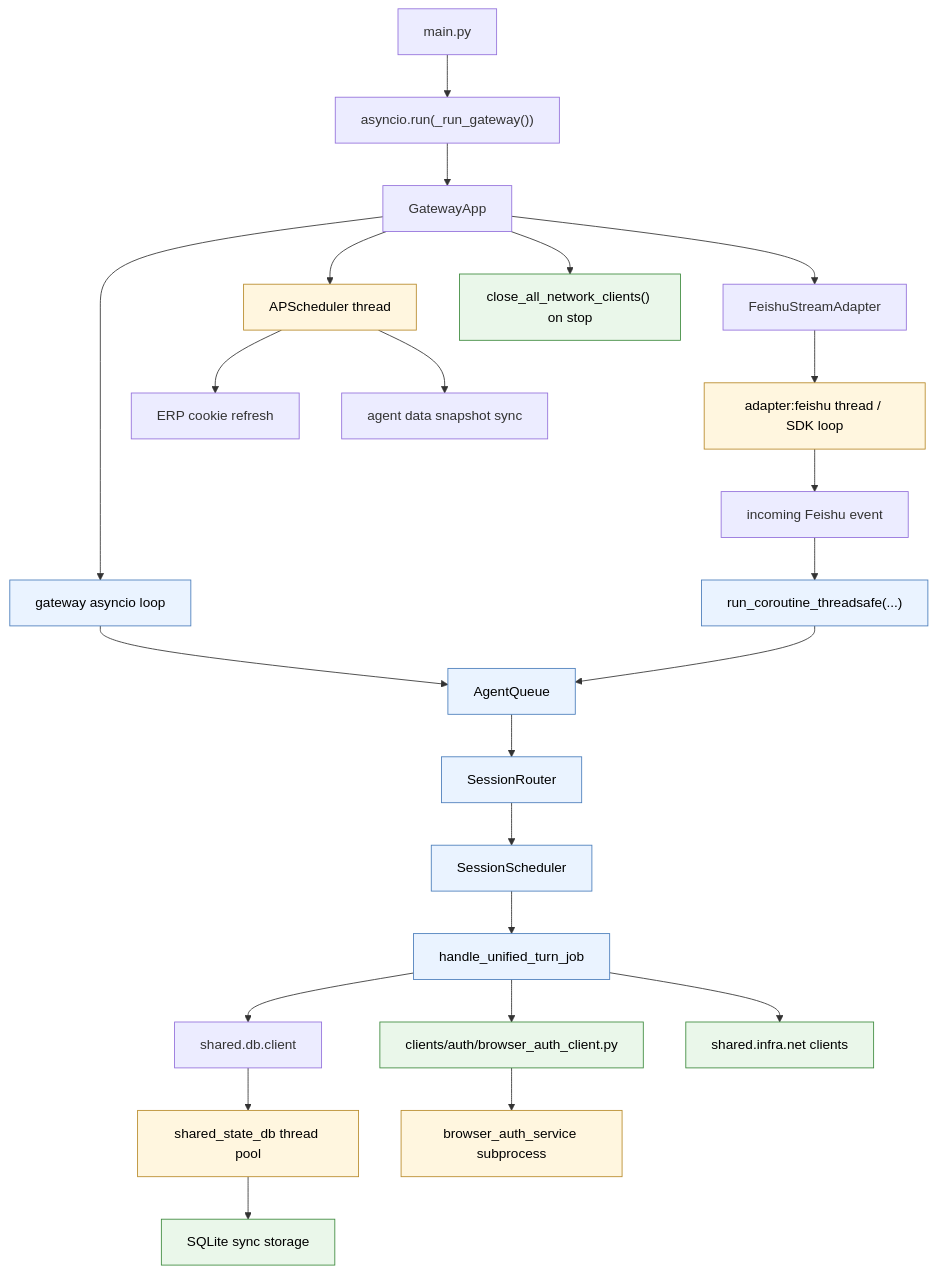
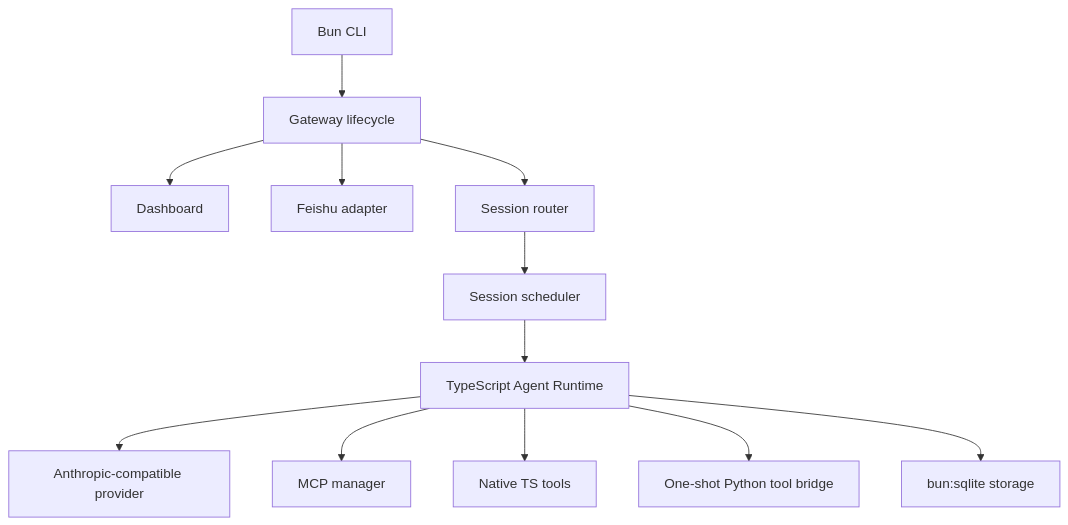
One commit to LXE123/LXE_AGENT changed the diagram in docs/eventloop.md. Above: the diagram before and after it, drawn with Mermaid. The commit also changed other lines of this file and 302 other files, not shown here.

Commit message:
refactor: switch production gateway and runtime to Bun

````diff
--- a/docs/eventloop.md
+++ b/docs/eventloop.md
@@ -16,39 +16,14 @@
 ```mermaid
 flowchart TD
-    A["main.py"] --> B["asyncio.run(_run_gateway())"]
-    B --> C["GatewayApp"]
-    C --> D["gateway asyncio loop"]
-
-    D --> E["AgentQueue"]
-    E --> F["SessionRouter"]
-    F --> G["SessionScheduler"]
-    G --> H["handle_unified_turn_job"]
-
-    C --> I["FeishuStreamAdapter"]
-    I --> J["adapter:feishu thread / SDK loop"]
-    J --> K["incoming Feishu event"]
-    K --> L["run_coroutine_threadsafe(...)"]
-    L --> E
-
-    C --> M["APScheduler thread"]
-    M --> N["ERP cookie refresh"]
-    M --> O["agent data snapshot sync"]
-
-    H --> P["shared.db.client"]
-    P --> Q["shared_state_db thread pool"]
-    Q --> R["SQLite sync storage"]
-
-    H --> S["clients/auth/browser_auth_client.py"]
-    S --> T["browser_auth_service subprocess"]
-
-    H --> U["shared.infra.net clients"]
-    C --> V["close_all_network_clients() on stop"]
-
-    classDef loop fill:#eaf3ff,stroke:#4a7dbb,color:#000;
-    classDef thread fill:#fff6df,stroke:#b88a2a,color:#000;
-    classDef io fill:#eaf7ea,stroke:#3d8a3d,color:#000;
-
-    class D,E,F,G,H,L loop;
-    class J,M,Q,T thread;
-    class R,S,U,V io;
+    A["Bun CLI"] --> B["Gateway lifecycle"]
+    B --> C["Dashboard"]
+    B --> D["Feishu adapter"]
+    B --> E["Session router"]
+    E --> F["Session scheduler"]
+    F --> G["TypeScript Agent Runtime"]
+    G --> H["Anthropic-compatible provider"]
+    G --> I["MCP manager"]
+    G --> J["Native TS tools"]
+    G --> K["One-shot Python tool bridge"]
+    G --> L["bun:sqlite storage"]
 ```
````
